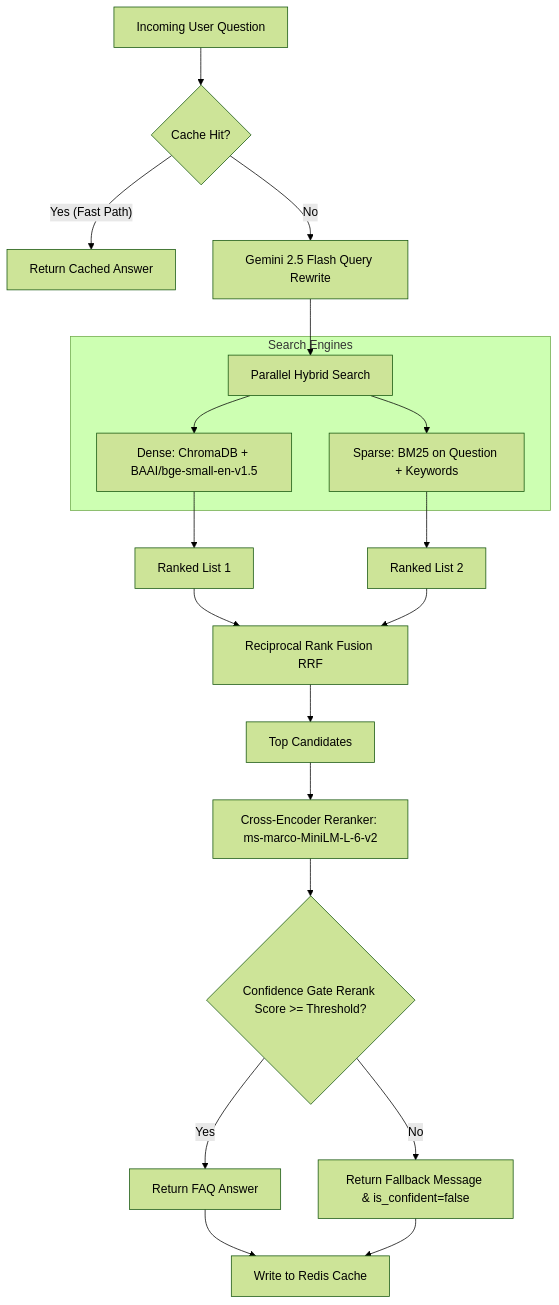
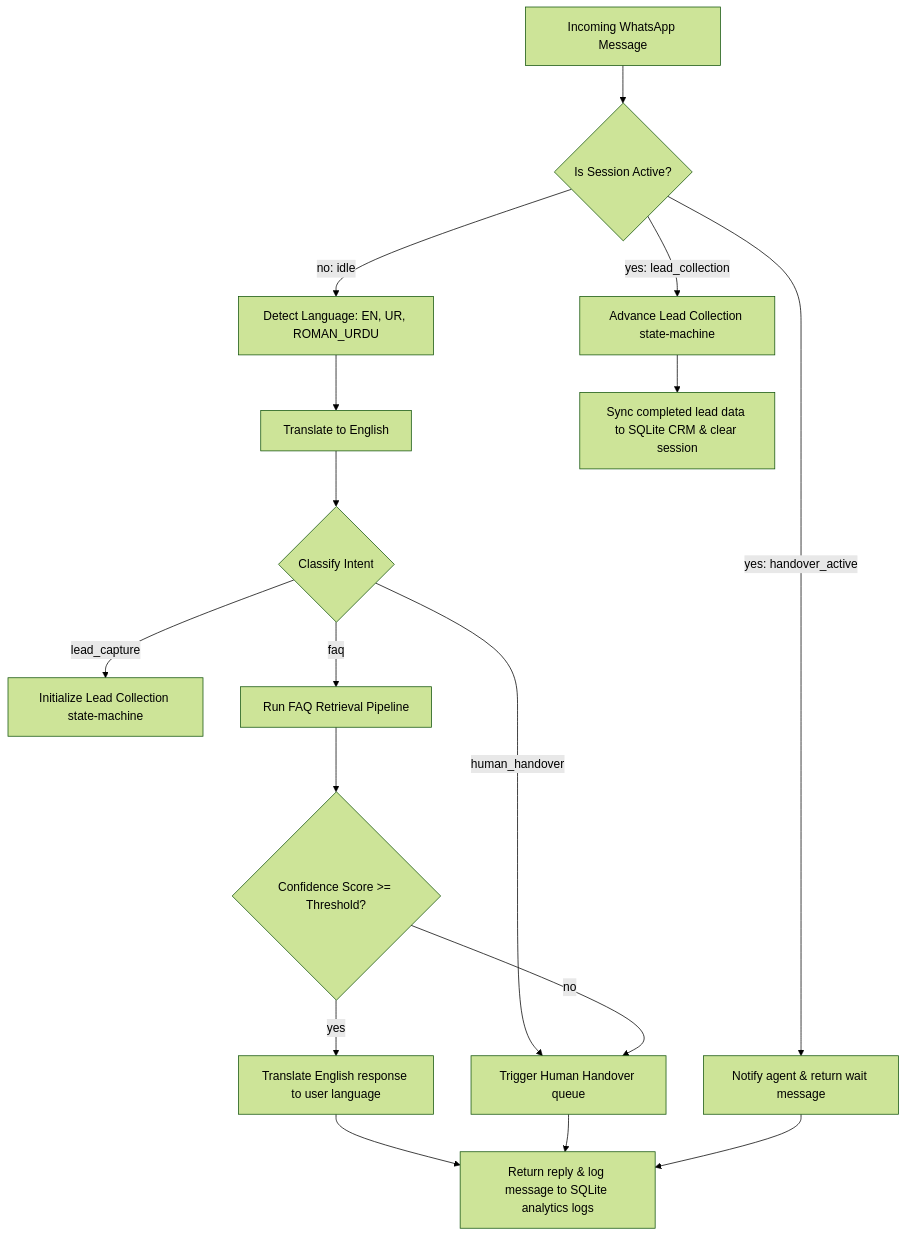
Before and after one commit to DevAzan786/safex-whatsapp-assistant: the diagram in README.md, drawn with Mermaid (forest theme). The commit also changed other lines of this file and 17 other files, not shown here.

Commit message:
feat: Integrate multi-language support, routing engine, lead collection flow, human handover, SQLite CRM, and bot analytics dashboard

````diff
--- a/README.md
+++ b/README.md
@@ -17,28 +24,24 @@
 ```mermaid
 flowchart TD
-    A[Incoming User Question] --> B{Cache Hit?}
-    B -- Yes (Fast Path) --> C[Return Cached Answer]
-    B -- No --> D[Gemini 2.5 Flash Query Rewrite]
-    D --> E[Parallel Hybrid Search]
+    UserMsg[Incoming WhatsApp Message] --> ActiveState{Is Session Active?}
     
-    subgraph Search Engines
-        E --> F[Dense: ChromaDB + BAAI/bge-small-en-v1.5]
-        E --> G[Sparse: BM25 on Question + Keywords]
-    end
+    ActiveState -- yes: handover_active --> WaitAgent[Notify agent & return wait message]
+    ActiveState -- yes: lead_collection --> ProcessLead[Advance Lead Collection state-machine]
+    ActiveState -- no: idle --> LangDetect[Detect Language: EN, UR, ROMAN_URDU]
     
-    F --> H[Ranked List 1]
-    G --> I[Ranked List 2]
+    LangDetect --> TransEN[Translate to English]
+    TransEN --> IntentClassify{Classify Intent}
     
-    H --> J[Reciprocal Rank Fusion RRF]
-    I --> J
+    IntentClassify -- lead_capture --> InitLead[Initialize Lead Collection state-machine]
+    IntentClassify -- human_handover --> EscHuman[Trigger Human Handover queue]
+    IntentClassify -- faq --> FAQSearch[Run FAQ Retrieval Pipeline]
     
-    J --> K[Top Candidates]
-    K --> L[Cross-Encoder Reranker: ms-marco-MiniLM-L-6-v2]
-    L --> M{Confidence Gate Rerank Score >= Threshold?}
+    FAQSearch --> ConfGate{Confidence Score >= Threshold?}
+    ConfGate -- yes --> TransBack[Translate English response to user language]
+    ConfGate -- no --> EscHuman
     
-    M -- Yes --> N[Return FAQ Answer]
-    M -- No --> O[Return Fallback Message & is_confident=false]
-    
-    N --> P[Write to Redis Cache]
-    O --> P
+    ProcessLead --> CRM[Sync completed lead data to SQLite CRM & clear session]
+    TransBack --> Output[Return reply & log message to SQLite analytics logs]
+    EscHuman --> Output
+    WaitAgent --> Output
 ```
````
